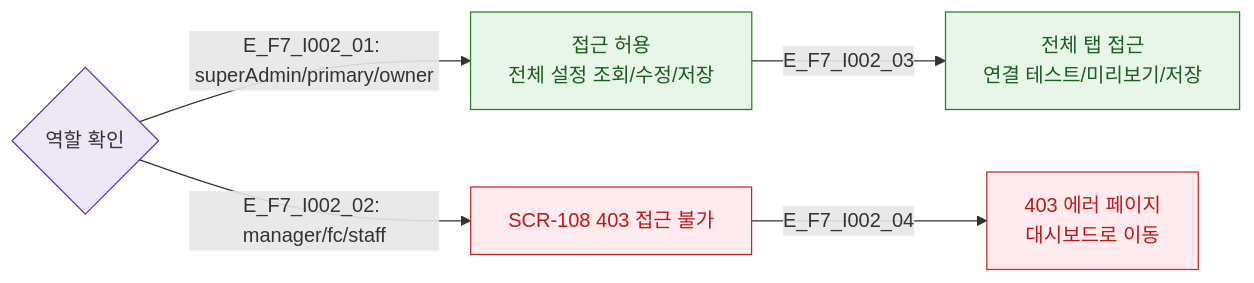
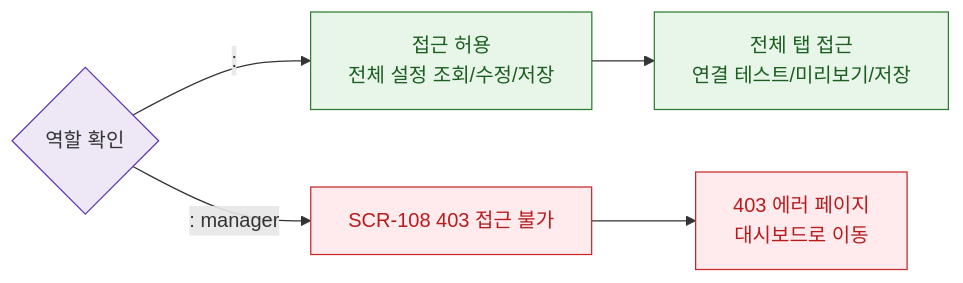
Before and after one commit to dev-spogym/admin-pando: the diagram in docs/다이어그램/D11_통합운영/SCR-I002_키오스크설정/F7_권한.md, drawn with Mermaid. The commit also changed other lines of this file and 1660 other files, not shown here.

First line of the commit message:
다이어그램: 기획자/클라이언트 납품본으로 정리

````diff
--- a/docs/다이어그램/D11_통합운영/SCR-I002_키오스크설정/F7_권한.md
+++ b/docs/다이어그램/D11_통합운영/SCR-I002_키오스크설정/F7_권한.md
@@ -16,17 +14,17 @@
 ```mermaid
 flowchart LR
     ROLE{역할 확인}
-    ROLE -->|"E_F7_I002_01: superAdmin/primary/owner"| ALLOWED[접근 허용\n전체 설정 조회/수정/저장]
-    ROLE -->|"E_F7_I002_02: manager/fc/staff"| BLOCKED[SCR-108 403 접근 불가]
+    ROLE -->|": "|ALLOWED[접근 허용\n전체 설정 조회/수정/저장]
+    ROLE -->|": manager"|BLOCKED[SCR-108 403 접근 불가]
 
-    ALLOWED -->|E_F7_I002_03| ACT_ALL[전체 탭 접근\n연결 테스트/미리보기/저장]
-    BLOCKED -->|E_F7_I002_04| ERR[403 에러 페이지\n대시보드로 이동]
+    ALLOWED --> ACT_ALL[전체 탭 접근\n연결 테스트/미리보기/저장]
+    BLOCKED --> ERR[403 에러 페이지\n대시보드로 이동]
 
-    classDef success      fill:#E8F5E9,stroke:#2E7D32,color:#1B5E20
-    classDef error        fill:#FFEBEE,stroke:#C62828,color:#B71C1C
-    classDef system       fill:#EDE7F6,stroke:#5E35B2
-    classDef rbacBlocked  fill:#F5F5F5,stroke:#9E9E9E,color:#616161
+    classDef success fill:#E8F5E9,stroke:#2E7D32,color:#1B5E20
+    classDef error fill:#FFEBEE,stroke:#C62828,color:#B71C1C
+    classDef system fill:#EDE7F6,stroke:#5E35B2
+    classDef rbacBlocked fill:#F5F5F5,stroke:#9E9E9E,color:#616161
     class ALLOWED,ACT_ALL success
     class BLOCKED,ERR error
     class ROLE system
 ```
````
